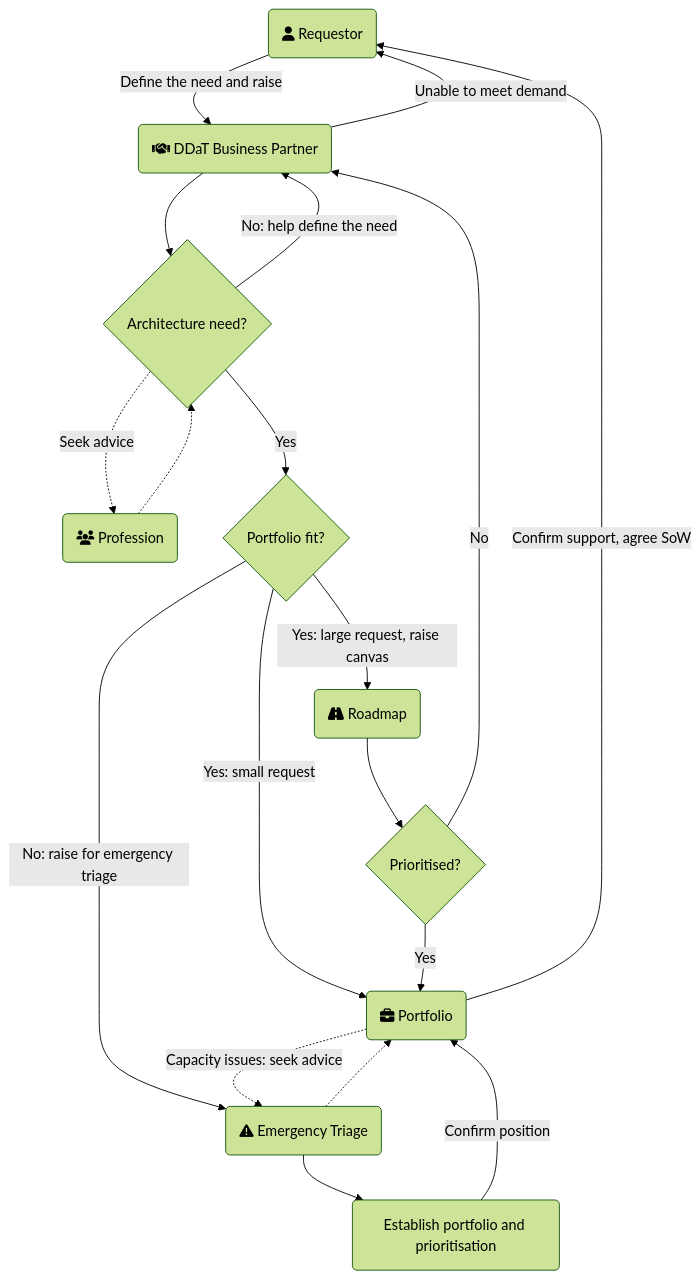
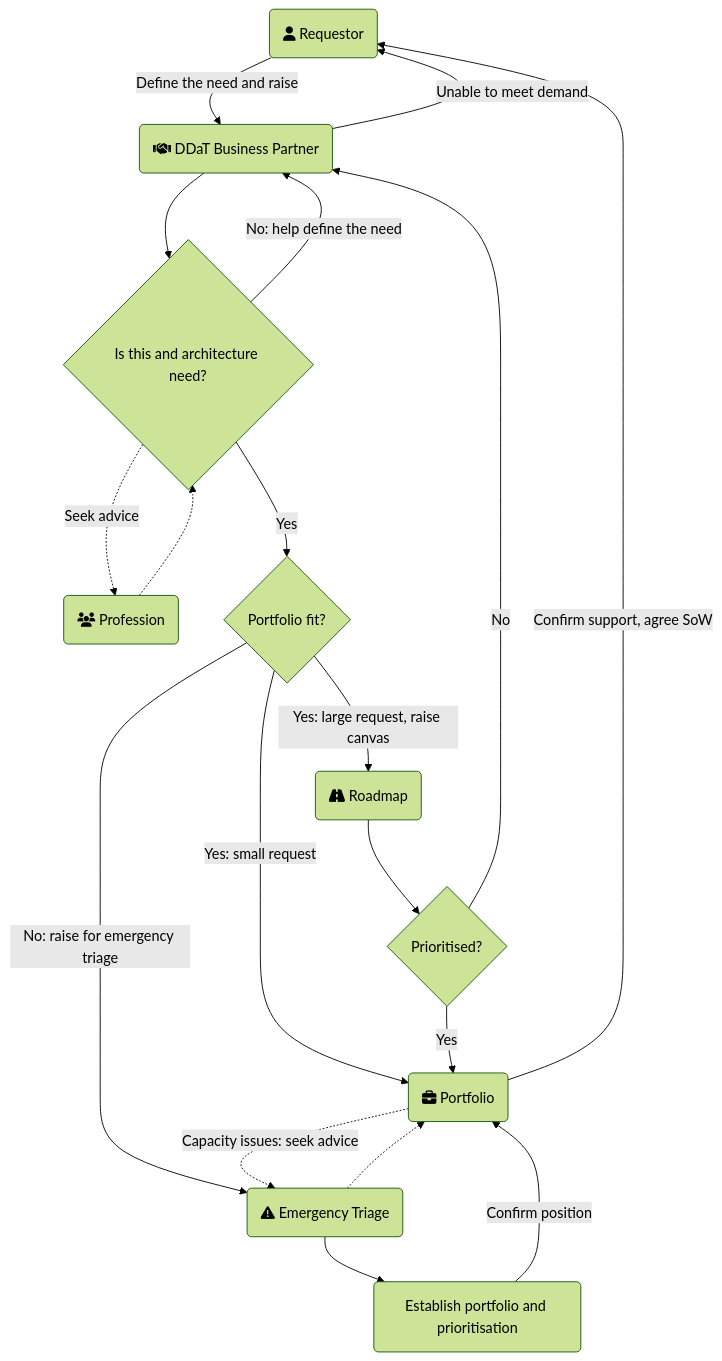
One commit to DFE-Digital/architecture changed the diagram in profession/get-help-with-architecture-flow.md. Above: the diagram before and after it, drawn with Mermaid (forest theme).

Commit message:
Update get-help-with-architecture-flow.md
Minor tweak to flow

````diff
--- a/profession/get-help-with-architecture-flow.md
+++ b/profession/get-help-with-architecture-flow.md
@@ -11,21 +11,21 @@
 ```mermaid
 graph TD
     A(fa:fa-user Requestor) -->|Define the need and raise| B(fa:fa-handshake DDaT Business Partner)
-    B --> C{Architecture need?}
+    B --> C{Is this and architecture need?}
     C -.-> |Seek advice| D(fa:fa-users Profession)
     D -.-> C
     C --> |No: help define the need| B
     C --> |Yes|E{Portfolio fit?}
     E --> |Yes: small request| F(fa:fa-briefcase Portfolio)
     E --> |Yes: large request, raise canvas| G(fa:fa-road Roadmap)
     E --> |No: raise for emergency triage| H(fa:fa-exclamation-triangle Emergency Triage)
     F --> |Confirm support, agree SoW| A
     G --> I{Prioritised?}
     I --> |Yes| F
     I --> |No| B
     B --> |Unable to meet demand| A
     F -.-> |Capacity issues: seek advice| H
     H -.-> F
     H --> J(Establish portfolio and prioritisation)
     J --> |Confirm position|F
 ```
````
